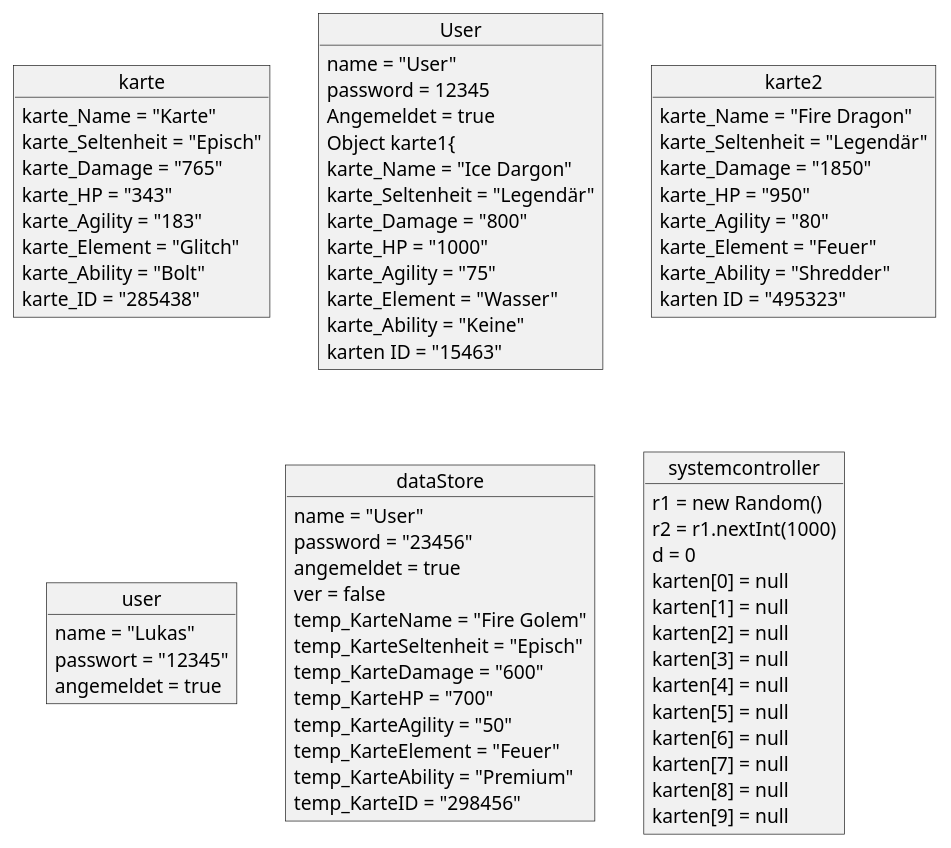
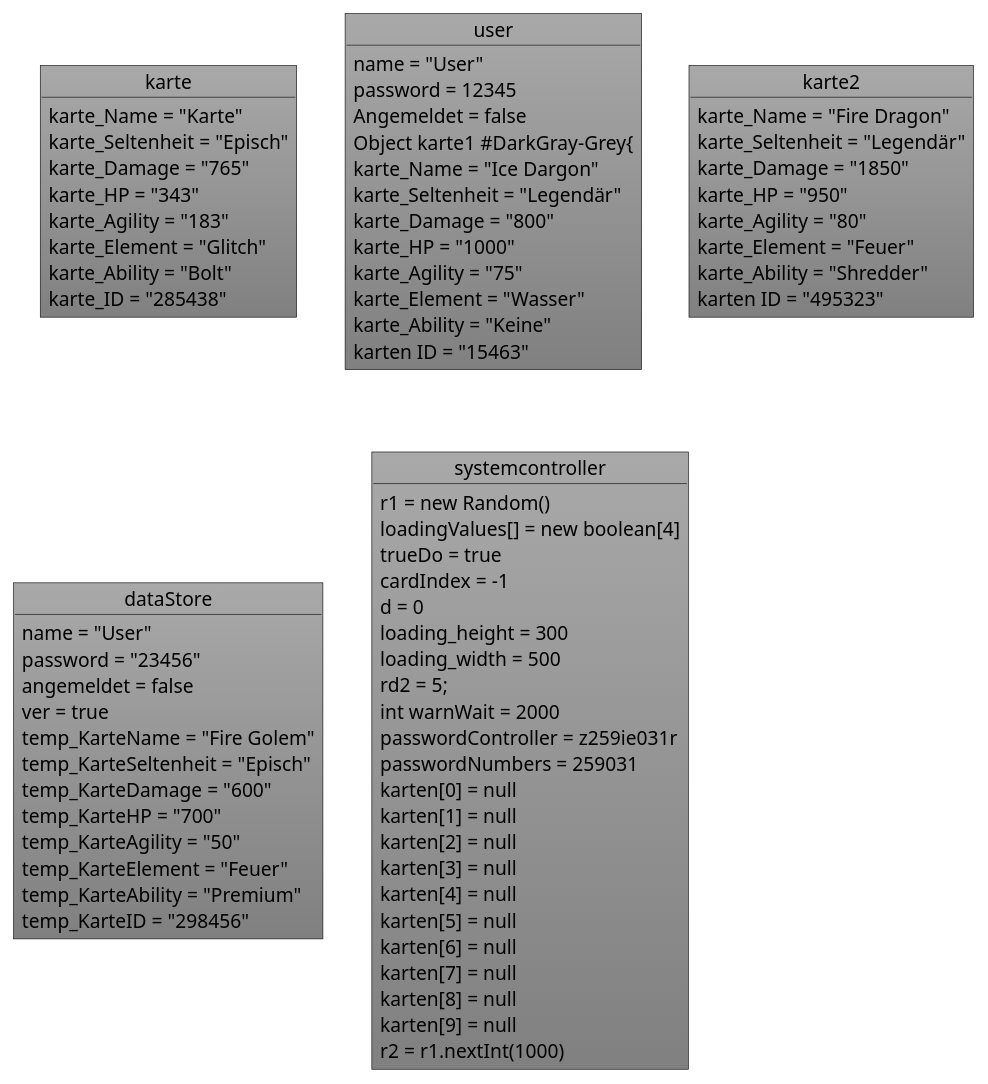
One commit to teach404W/Verwaltungssoftware_Team_2 changed the diagram in Docs/Pflichtenheft/Diagramme/Objektdiagramm.iuml. Above: the diagram before and after it, drawn with PlantUML. The commit also changed 12 other files, not shown here.

```diff
--- a/Docs/Pflichtenheft/Diagramme/Objektdiagramm.iuml
+++ b/Docs/Pflichtenheft/Diagramme/Objektdiagramm.iuml
@@ -1,93 +1,95 @@
 @startuml
 
-Object karte{
+Object karte #DarkGray-Grey{
 
 karte_Name = "Karte"
 karte_Seltenheit = "Episch"
 karte_Damage = "765"
 karte_HP = "343"
 karte_Agility = "183"
 karte_Element = "Glitch"
 karte_Ability = "Bolt"
 karte_ID = "285438"
 }
 
-Object User{
+Object user #DarkGray-Grey{
 
 name = "User"
 password = 12345
-Angemeldet = true
+Angemeldet = false
 
-Object karte1{
+Object karte1 #DarkGray-Grey{
 
 karte_Name = "Ice Dargon"
 karte_Seltenheit = "Legendär"
 karte_Damage = "800"
 karte_HP = "1000"
 karte_Agility = "75"
 karte_Element = "Wasser"
 karte_Ability = "Keine"
 karten ID = "15463"
 
 
 }
 
-object karte2{
+object karte2 #DarkGray-Grey{
     karte_Name = "Fire Dragon"
     karte_Seltenheit = "Legendär"
     karte_Damage = "1850"
     karte_HP = "950"
     karte_Agility = "80"
     karte_Element = "Feuer"
     karte_Ability = "Shredder"
     karten ID = "495323"
 
 }
 
-Object user{
 
-name = "Lukas"
-passwort = "12345"
-angemeldet = true
-
-}
-
-object dataStore {
+object dataStore #DarkGray-Grey{
 
     name = "User"
     password = "23456"
-    angemeldet = true
-    ver = false
+    angemeldet = false
+    ver = true
 
 
     temp_KarteName = "Fire Golem"
     temp_KarteSeltenheit = "Episch"
     temp_KarteDamage = "600"
     temp_KarteHP = "700"
     temp_KarteAgility = "50"
     temp_KarteElement = "Feuer"
     temp_KarteAbility = "Premium"    
     temp_KarteID = "298456"
 
 }
 
-object systemcontroller{
+object systemcontroller #DarkGray-Grey{
 
     r1 = new Random()
-    r2 = r1.nextInt(1000)
+    loadingValues[] = new boolean[4]
+    trueDo = true
+    cardIndex = -1
     d = 0
+    loading_height = 300
+    loading_width = 500    
+    rd2 = 5;
+    int warnWait = 2000
+    passwordController = z259ie031r
+    passwordNumbers = 259031
     karten[0] = null
     karten[1] = null
     karten[2] = null
     karten[3] = null
     karten[4] = null
     karten[5] = null
     karten[6] = null
     karten[7] = null
     karten[8] = null
     karten[9] = null
 
+    r2 = r1.nextInt(1000)
 
 }
 
 @enduml
```
